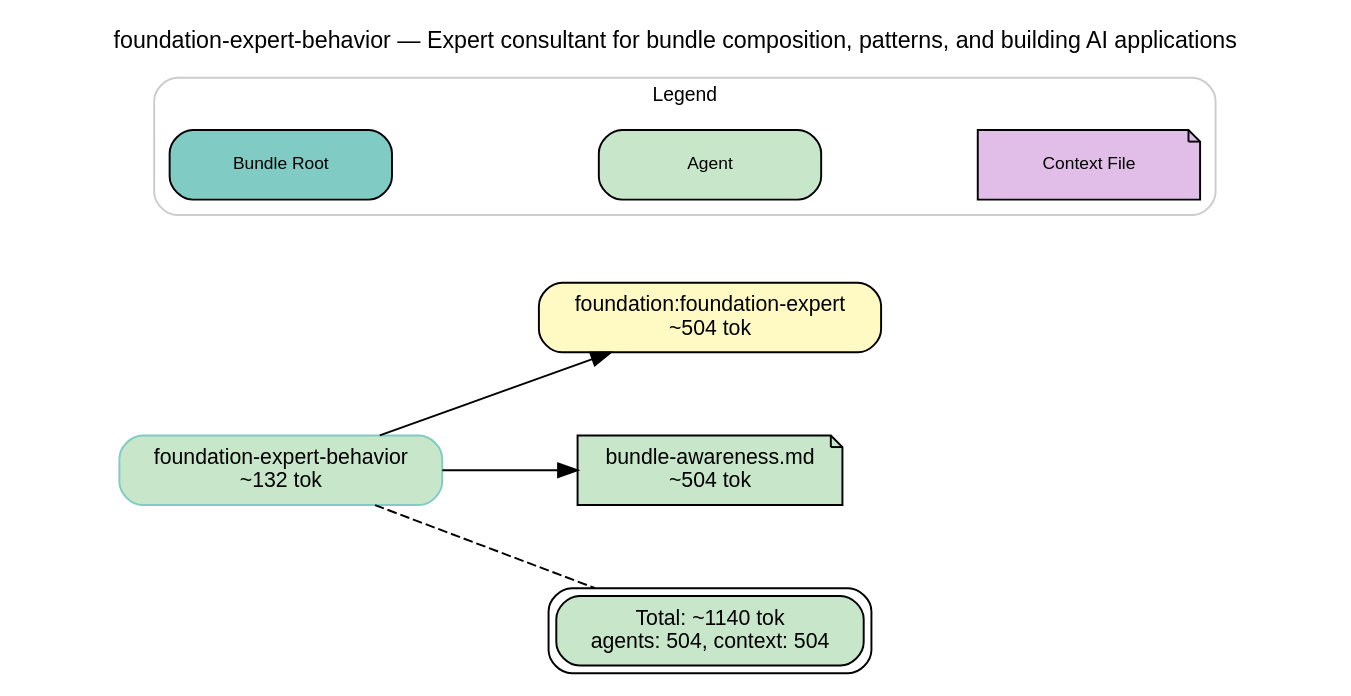
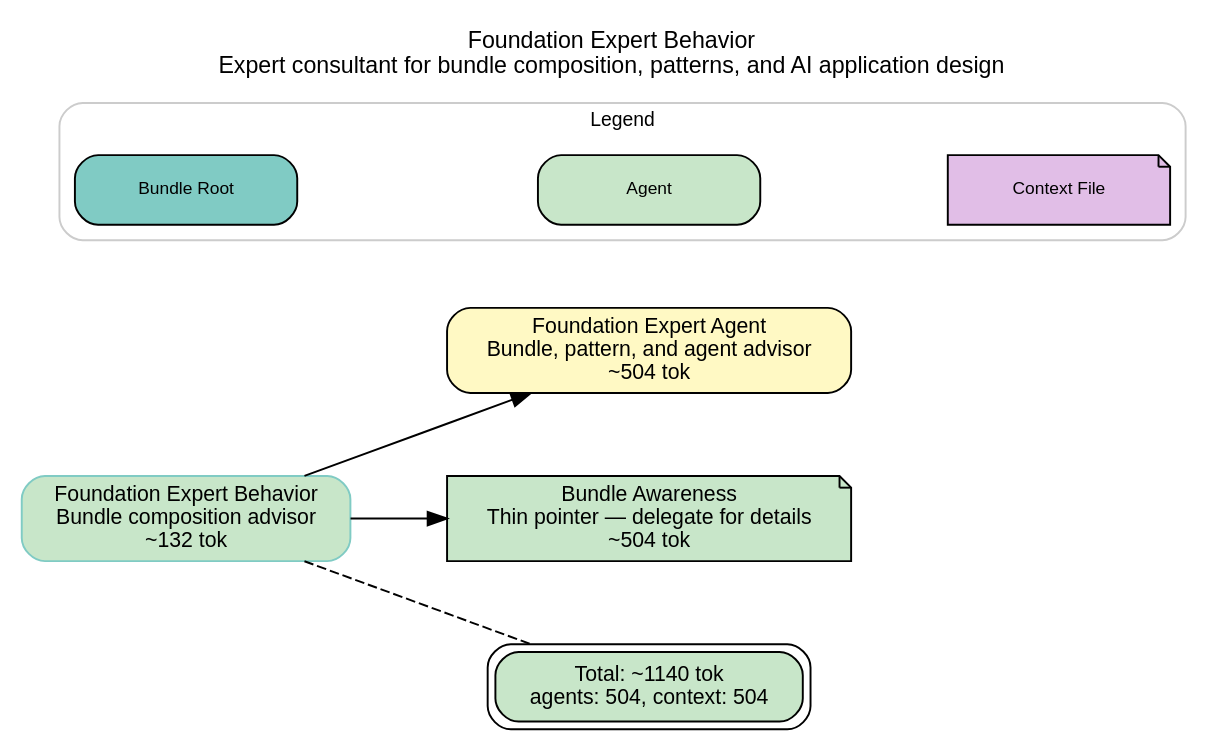
The diagram in behaviors/foundation-expert.dot (microsoft/amplifier-foundation), drawn with Graphviz before and after one commit. The commit also changed 61 other files, not shown here.

First line of the commit message:
docs(dot-docs): LLM-enhanced labels for all 31 DOT diagrams

```diff
--- a/behaviors/foundation-expert.dot
+++ b/behaviors/foundation-expert.dot
@@ -1,38 +1,39 @@
+// Foundation Expert Behavior — expert consultant for bundle composition, patterns, and AI application design
 digraph foundation_expert_behavior {
     rankdir=LR
     fontname="Helvetica"
     fontsize=12
-    label="foundation-expert-behavior — Expert consultant for bundle composition, patterns, and building AI applications"
+    label="Foundation Expert Behavior\nExpert consultant for bundle composition, patterns, and AI application design"
     labelloc=t
     labeljust=c
     compound=true
     nodesep=0.6
     ranksep=0.7
     bgcolor="white"
     source_hash="cd4682f978d225f7d2b15d32cf6595ecb21eb1652c5b6636a687ee6c3962358c"
 
     node [fontname="Helvetica", fontsize=11, style="filled,rounded"]
     edge [fontname="Helvetica", fontsize=9]
 
-    root [label="foundation-expert-behavior\n~132 tok", shape=box, fillcolor="#c8e6c9", style="filled,rounded", color="#80cbc4"]
-    agent_foundation_foundation_expert [label="foundation:foundation-expert\n~504 tok", shape=box, fillcolor="#fff9c4", style="filled,rounded"]
-    ctx_foundation_context_bundle_awareness_md [label="bundle-awareness.md\n~504 tok", shape=note, fillcolor="#c8e6c9", style="filled"]
+    root [label="Foundation Expert Behavior\nBundle composition advisor\n~132 tok", shape=box, fillcolor="#c8e6c9", style="filled,rounded", color="#80cbc4"]
+    agent_foundation_foundation_expert [label="Foundation Expert Agent\nBundle, pattern, and agent advisor\n~504 tok", shape=box, fillcolor="#fff9c4", style="filled,rounded"]
+    ctx_foundation_context_bundle_awareness_md [label="Bundle Awareness\nThin pointer — delegate for details\n~504 tok", shape=note, fillcolor="#c8e6c9", style="filled"]
     summary [label="Total: ~1140 tok\nagents: 504, context: 504", shape=box, fillcolor="#c8e6c9", style="filled,rounded", peripheries=2]
 
     root -> agent_foundation_foundation_expert
     root -> ctx_foundation_context_bundle_awareness_md
     root -> summary [style=dashed, arrowhead=none]
 
     subgraph cluster_legend {
         label="Legend"
         style="filled,rounded"
         fillcolor="white"
         color="#cccccc"
         fontsize=10
         node [shape=box, fontsize=9, width=1.6]
         leg_root [label="Bundle Root", shape=box, fillcolor="#80cbc4", style="filled,rounded"]
         leg_agent [label="Agent", shape=box, fillcolor="#c8e6c9", style="filled,rounded"]
         leg_ctx [label="Context File", shape=note, fillcolor="#e1bee7", style="filled,rounded"]
         leg_root -> leg_agent -> leg_ctx [style=invis]
     }
 }
```
